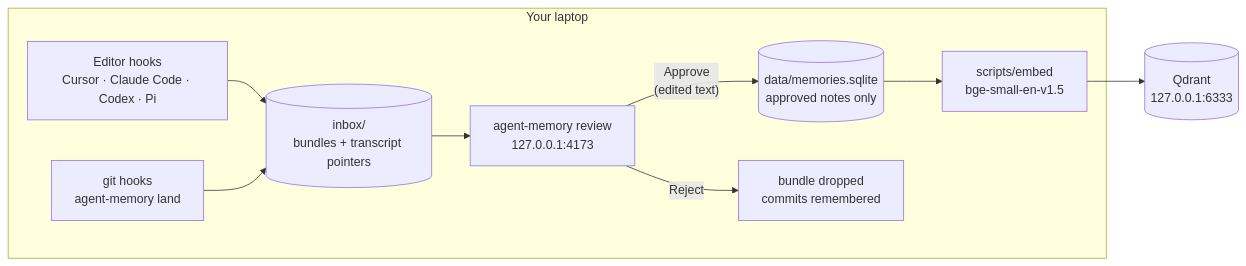
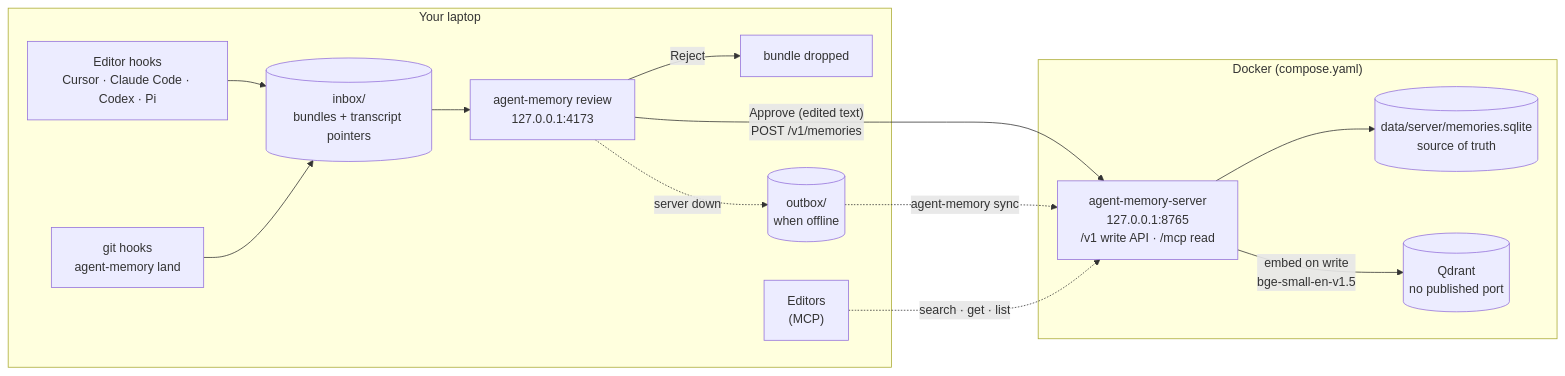
Before and after one commit to roune/agent-memory: the diagram in README.md, drawn with Mermaid. The commit also changed other lines of this file and 20 other files, not shown here.

````diff
--- a/README.md
+++ b/README.md
@@ -9,12 +9,21 @@
 ```mermaid
 flowchart LR
   subgraph laptop["Your laptop"]
     hooks["Editor hooks<br/>Cursor · Claude Code · Codex · Pi"] --> inbox[("inbox/<br/>bundles + transcript pointers")]
     githooks["git hooks<br/>agent-memory land"] --> inbox
     inbox --> review["agent-memory review<br/>127.0.0.1:4173"]
-    review -- "Approve<br/>(edited text)" --> db[("data/memories.sqlite<br/>approved notes only")]
-    review -- "Reject" --> rejected["bundle dropped<br/>commits remembered"]
-    db --> embed["scripts/embed<br/>bge-small-en-v1.5"]
+    review -- "Reject" --> rejected["bundle dropped"]
+    outbox[("outbox/<br/>when offline")]
+    editors["Editors<br/>(MCP)"]
   end
-  embed --> qdrant[("Qdrant<br/>127.0.0.1:6333")]
+  subgraph docker["Docker (compose.yaml)"]
+    server["agent-memory-server<br/>127.0.0.1:8765<br/>/v1 write API · /mcp read"]
+    sqlite[("data/server/memories.sqlite<br/>source of truth")]
+    qdrant[("Qdrant<br/>no published port")]
+  end
+  review -- "Approve (edited text)<br/>POST /v1/memories" --> server
+  review -. "server down" .-> outbox -. "agent-memory sync" .-> server
+  editors -. "search · get · list" .-> server
+  server --> sqlite
+  server -- "embed on write<br/>bge-small-en-v1.5" --> qdrant
 ```
````
